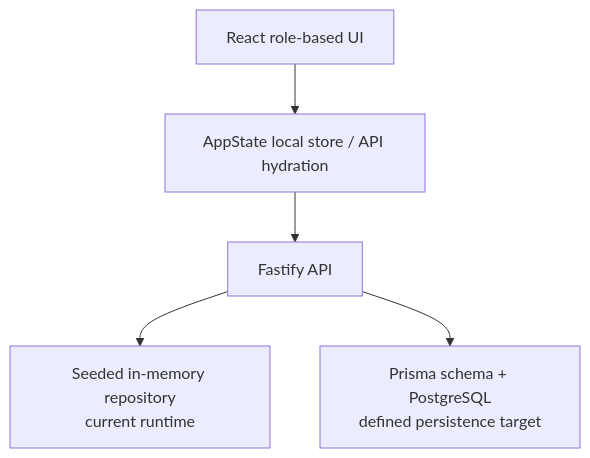
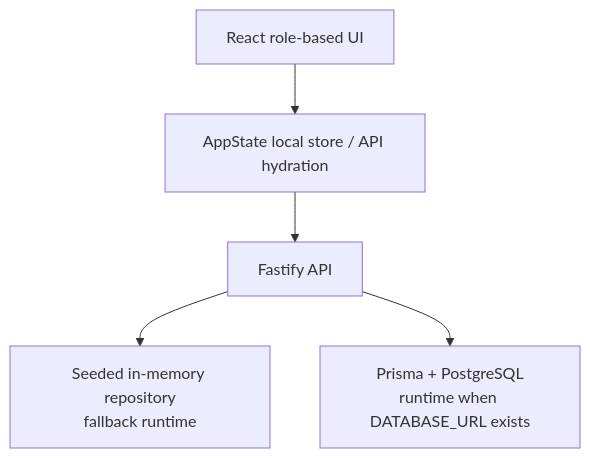
One commit to Pulsator01/MentorMe changed the third of 3 diagrams in docs/code-review-readiness.md. Above: the diagram before and after it, drawn with Mermaid. The commit also changed other lines of this file and 4 other files, not shown here.

````diff
--- a/docs/code-review-readiness.md
+++ b/docs/code-review-readiness.md
@@ -262,7 +264,7 @@
 ```mermaid
 flowchart TD
     UI["React role-based UI"] --> STATE["AppState local store / API hydration"]
     STATE --> API["Fastify API"]
-    API --> MEM["Seeded in-memory repository<br/>current runtime"]
-    API --> PRISMA["Prisma schema + PostgreSQL<br/>defined persistence target"]
+    API --> MEM["Seeded in-memory repository<br/>fallback runtime"]
+    API --> PRISMA["Prisma + PostgreSQL<br/>runtime when DATABASE_URL exists"]
 ```
````
